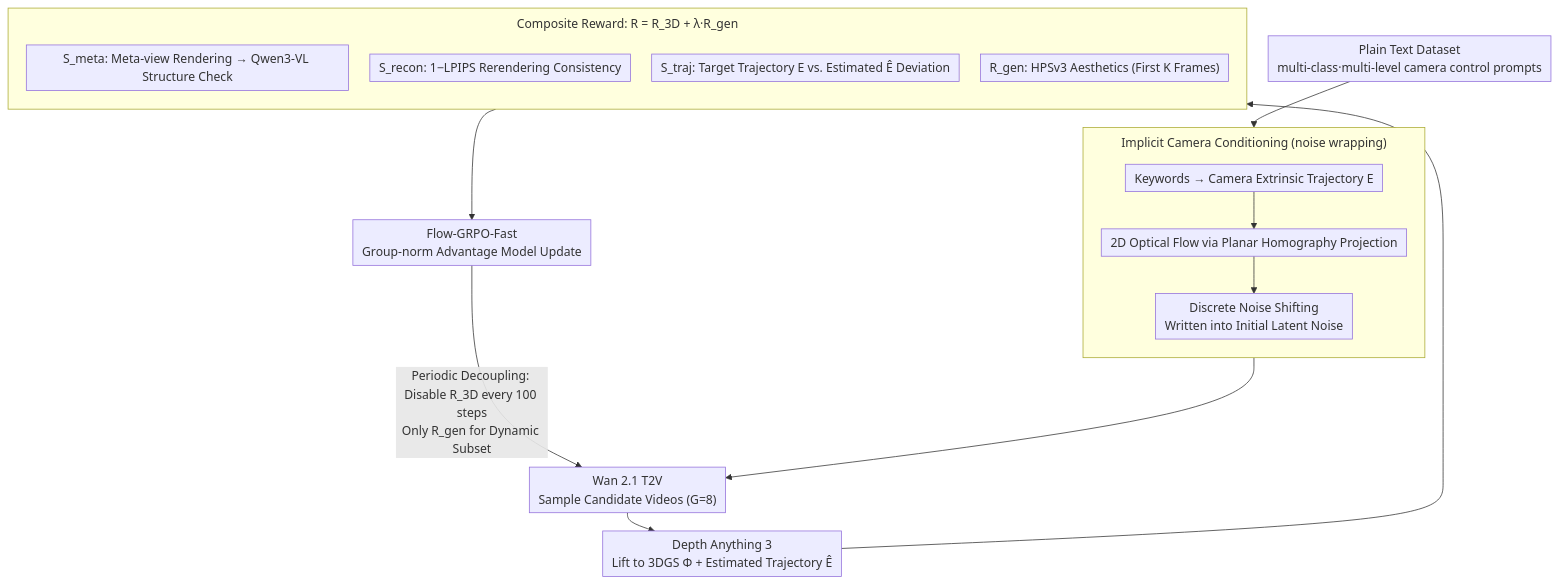
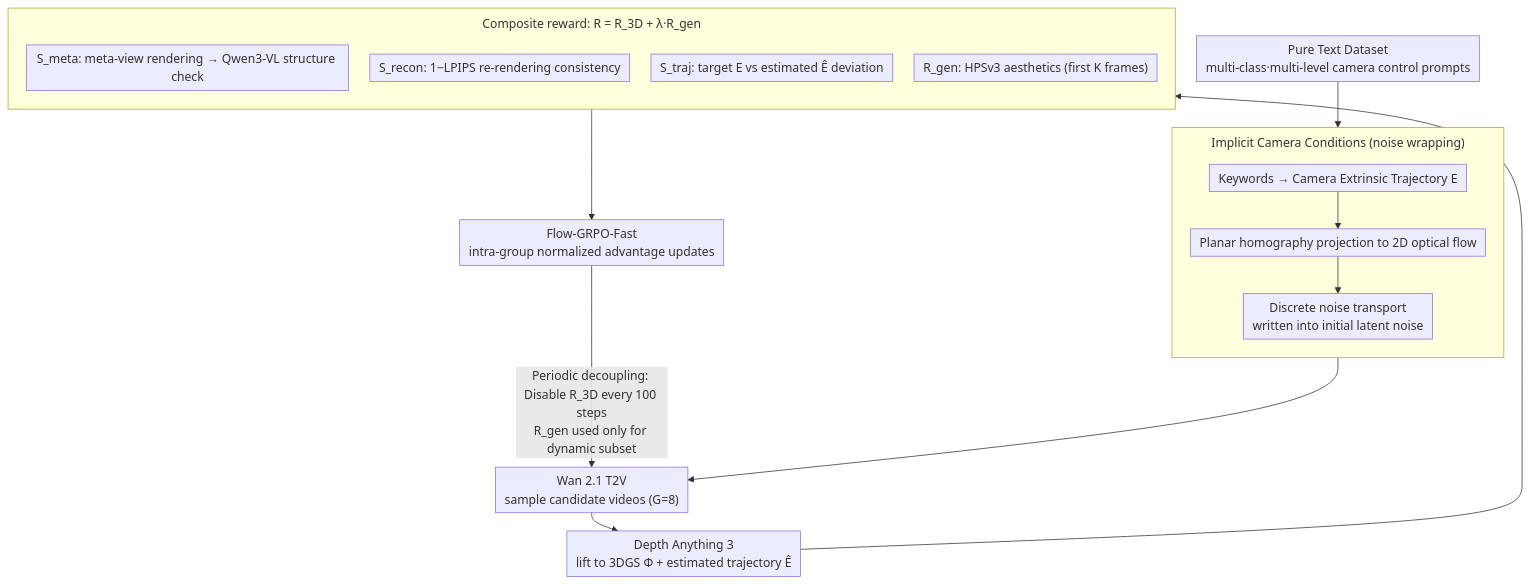
The diagram in docs/ICML2026/video_generation/world-r1_reinforcing_3d_constraints_for_text-to-video_generation.md (zhaoyang97/Paper-Notes-en), drawn with Mermaid before and after one commit. The commit also changed other lines of this file and 5084 other files, not shown here.

````diff
--- a/docs/ICML2026/video_generation/world-r1_reinforcing_3d_constraints_for_text-to-video_generation.md
+++ b/docs/ICML2026/video_generation/world-r1_reinforcing_3d_constraints_for_text-to-video_generation.md
@@ -45,21 +45,21 @@
 ```mermaid
 %%{init: {'flowchart': {'rankSpacing': 24, 'nodeSpacing': 28, 'padding': 6, 'wrappingWidth': 400, 'subGraphTitleMargin': {'top': 8, 'bottom': 16}}}}%%
 flowchart TD
-    DS["Plain Text Dataset<br/>multi-class·multi-level camera control prompts"] --> CAM
-    subgraph CAM["Implicit Camera Conditioning (noise wrapping)"]
+    DS["Pure Text Dataset<br/>multi-class·multi-level camera control prompts"] --> CAM
+    subgraph CAM["Implicit Camera Conditions (noise wrapping)"]
         direction TB
-        K["Keywords → Camera Extrinsic Trajectory E"] --> FL["2D Optical Flow via Planar Homography Projection"] --> NW["Discrete Noise Shifting<br/>Written into Initial Latent Noise"]
+        K["Keywords → Camera Extrinsic Trajectory E"] --> FL["Planar homography projection to 2D optical flow"] --> NW["Discrete noise transport<br/>written into initial latent noise"]
     end
-    CAM --> GEN["Wan 2.1 T2V<br/>Sample Candidate Videos (G=8)"]
-    GEN --> LIFT["Depth Anything 3<br/>Lift to 3DGS Φ + Estimated Trajectory Ê"]
-    subgraph RWD["Composite Reward: R = R_3D + λ·R_gen"]
+    CAM --> GEN["Wan 2.1 T2V<br/>sample candidate videos (G=8)"]
+    GEN --> LIFT["Depth Anything 3<br/>lift to 3DGS Φ + estimated trajectory Ê"]
+    subgraph RWD["Composite reward: R = R_3D + λ·R_gen"]
         direction TB
-        META["S_meta: Meta-view Rendering → Qwen3-VL Structure Check"]
-        RECON["S_recon: 1−LPIPS Rerendering Consistency"]
-        TRAJ["S_traj: Target Trajectory E vs. Estimated Ê Deviation"]
-        GENR["R_gen: HPSv3 Aesthetics (First K Frames)"]
+        META["S_meta: meta-view rendering → Qwen3-VL structure check"]
+        RECON["S_recon: 1−LPIPS re-rendering consistency"]
+        TRAJ["S_traj: target E vs estimated Ê deviation"]
+        GENR["R_gen: HPSv3 aesthetics (first K frames)"]
     end
     LIFT --> RWD
-    RWD --> GRPO["Flow-GRPO-Fast<br/>Group-norm Advantage Model Update"]
-    GRPO -->|"Periodic Decoupling: Disable R_3D every 100 steps<br/>Only R_gen for Dynamic Subset"| GEN
+    RWD --> GRPO["Flow-GRPO-Fast<br/>intra-group normalized advantage updates"]
+    GRPO -->|"Periodic decoupling: Disable R_3D every 100 steps<br/>R_gen used only for dynamic subset"| GEN
 ```
````
